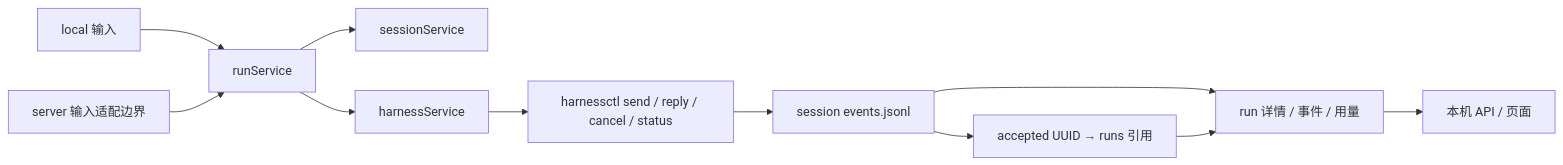
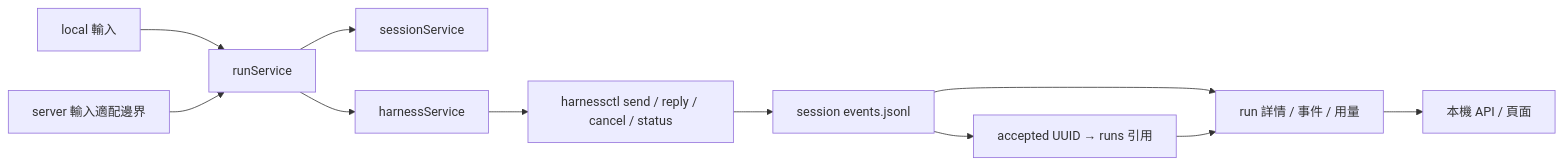
The diagram in docs/v3/designs/client-main.md (memory-co/agentuse), drawn with Mermaid before and after one commit. The commit also changed other lines of this file and 80 other files, not shown here.

````diff
--- a/docs/v3/designs/client-main.md
+++ b/docs/v3/designs/client-main.md
@@ -19,13 +19,13 @@
 ```mermaid
 flowchart LR
-  local[local 输入] --> run[runService]
-  remote[server 输入适配边界] --> run
+  local[local 輸入] --> run[runService]
+  remote[server 輸入適配邊界] --> run
   run --> session[sessionService]
   run --> harness[harnessService]
   harness --> ctl[harnessctl send / reply / cancel / status]
   ctl --> events[session events.jsonl]
   events --> index[accepted UUID → runs 引用]
-  events --> view[run 详情 / 事件 / 用量]
+  events --> view[run 詳情 / 事件 / 用量]
   index --> view
-  view --> http[本机 API / 页面]
+  view --> http[本機 API / 頁面]
 ```
````
